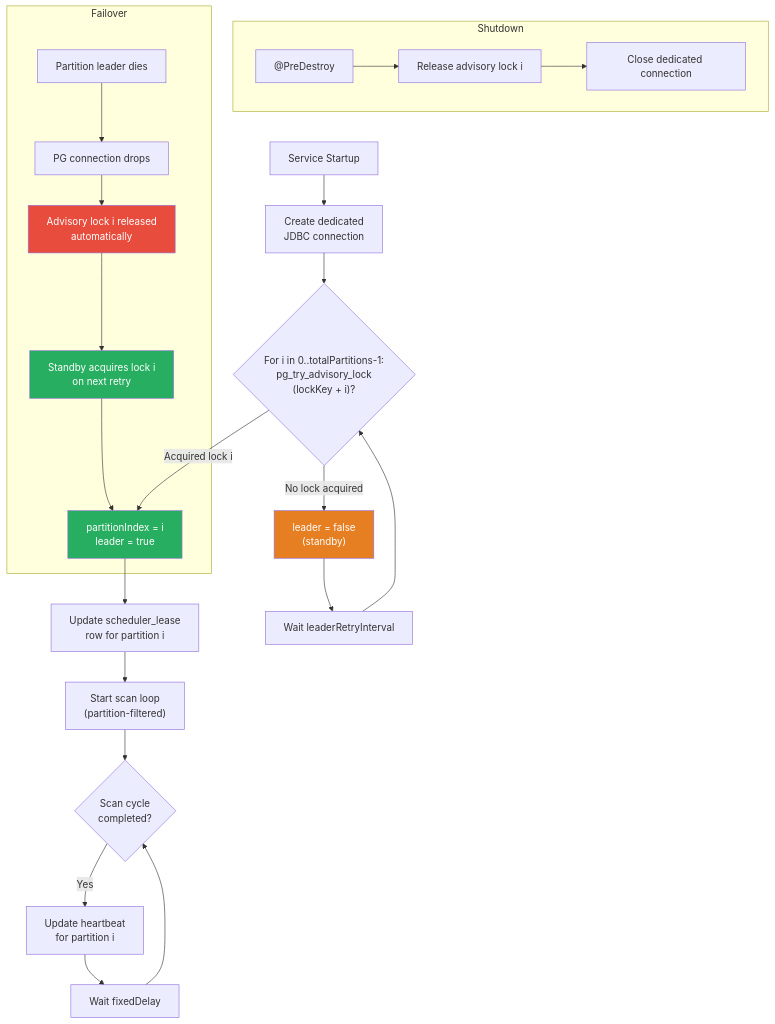
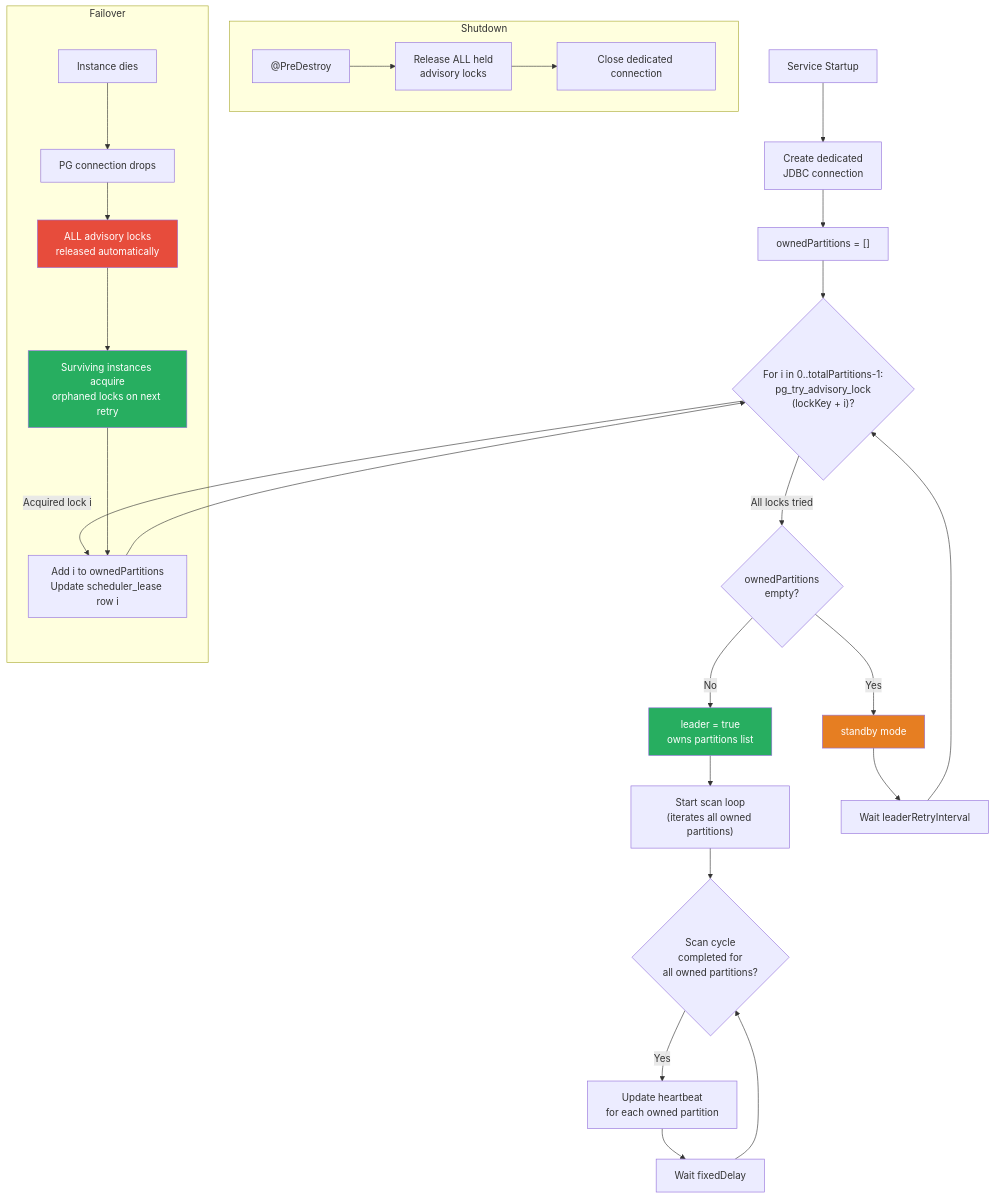
The second of 5 diagrams in docs/flow-diagrams.md (Jayaprakash8887/cce-scheduler-service), drawn with Mermaid before and after one commit. The commit also changed other lines of this file and 3 other files, not shown here.

````diff
--- a/docs/flow-diagrams.md
+++ b/docs/flow-diagrams.md
@@ -54,35 +54,38 @@
 ```mermaid
 flowchart TD
     A["Service Startup"] --> B["Create dedicated<br/>JDBC connection"]
-    B --> C{"For i in 0..totalPartitions-1:<br/>pg_try_advisory_lock<br/>(lockKey + i)?"}
-    C -->|"Acquired lock i"| D["partitionIndex = i<br/>leader = true"]
-    C -->|"No lock acquired"| E["leader = false<br/>(standby)"]
+    B --> C["ownedPartitions = []"]
+    C --> D{"For i in 0..totalPartitions-1:<br/>pg_try_advisory_lock<br/>(lockKey + i)?"}
+    D -->|"Acquired lock i"| E["Add i to ownedPartitions<br/>Update scheduler_lease row i"]
+    E --> D
+    D -->|"All locks tried"| F{"ownedPartitions<br/>empty?"}
+    F -->|"Yes"| G["standby mode"]
+    F -->|"No"| H["leader = true<br/>owns partitions list"]
 
-    D --> F["Update scheduler_lease<br/>row for partition i"]
-    F --> G["Start scan loop<br/>(partition-filtered)"]
+    H --> I["Start scan loop<br/>(iterates all owned partitions)"]
 
-    E --> H["Wait leaderRetryInterval"]
-    H --> C
+    G --> J["Wait leaderRetryInterval"]
+    J --> D
 
-    G --> I{"Scan cycle<br/>completed?"}
-    I -->|"Yes"| J["Update heartbeat<br/>for partition i"]
-    J --> K["Wait fixedDelay"]
-    K --> I
+    I --> K{"Scan cycle<br/>completed for<br/>all owned partitions?"}
+    K -->|"Yes"| L["Update heartbeat<br/>for each owned partition"]
+    L --> M["Wait fixedDelay"]
+    M --> K
 
     subgraph Shutdown
-        L["@PreDestroy"] --> M["Release advisory lock i"]
-        M --> N["Close dedicated connection"]
+        N["@PreDestroy"] --> O["Release ALL held<br/>advisory locks"]
+        O --> P["Close dedicated connection"]
     end
 
     subgraph Failover
-        O["Partition leader dies"] --> P["PG connection drops"]
-        P --> Q["Advisory lock i released<br/>automatically"]
-        Q --> R["Standby acquires lock i<br/>on next retry"]
-        R --> D
+        Q["Instance dies"] --> R["PG connection drops"]
+        R --> S["ALL advisory locks<br/>released automatically"]
+        S --> T["Surviving instances acquire<br/>orphaned locks on next retry"]
+        T --> E
     end
 
-    style D fill:#27AE60,color:white
-    style E fill:#E67E22,color:white
-    style Q fill:#E74C3C,color:white
-    style R fill:#27AE60,color:white
+    style H fill:#27AE60,color:white
+    style G fill:#E67E22,color:white
+    style S fill:#E74C3C,color:white
+    style T fill:#27AE60,color:white
 ```
````
